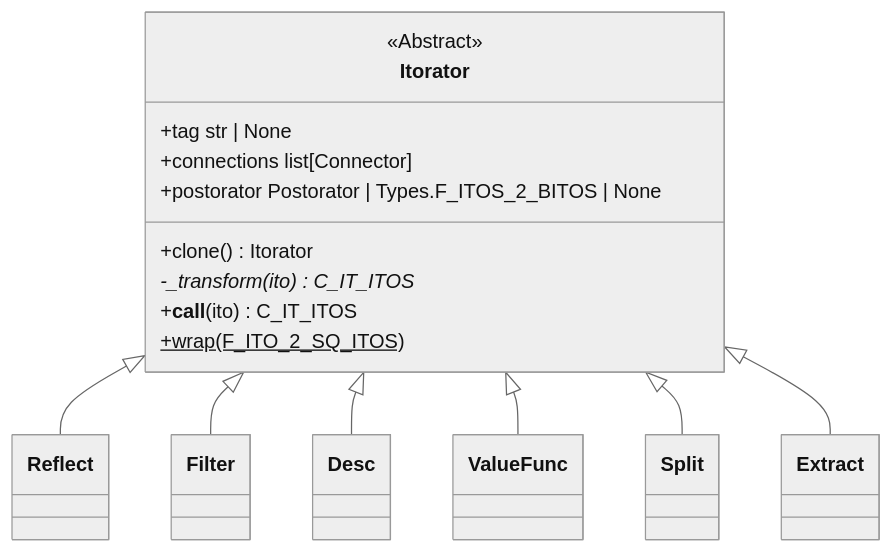
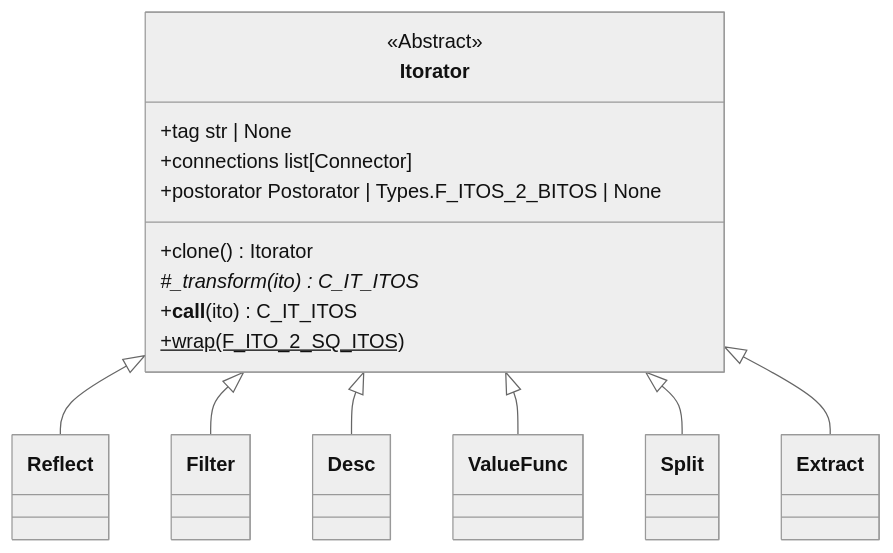
Before and after one commit to rlayers/pawpaw: the third of 19 diagrams in docs/4. Arborform.md, drawn with Mermaid (neutral theme). The commit also changed other lines of this file, not shown here.

````diff
--- a/docs/4. Arborform.md
+++ b/docs/4. Arborform.md
@@ -113,20 +117,20 @@
 ```mermaid
 classDiagram
   class Itorator{
       <<Abstract>>
       +tag str | None
       +connections list[Connector]
       +postorator Postorator | Types.F_ITOS_2_BITOS | None
       +clone() Itorator
-      -_transform(ito)* C_IT_ITOS
+      #_transform(ito)* C_IT_ITOS
       +__call__(ito) C_IT_ITOS
       +wrap(F_ITO_2_SQ_ITOS)$
   }
   
   Itorator <|-- Reflect
   Itorator <|-- Filter
   Itorator <|-- Desc
   Itorator <|-- ValueFunc
   Itorator <|-- Split
   Itorator <|-- Extract
 ```
````
